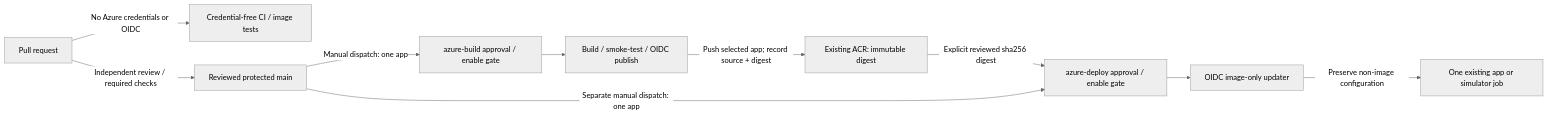
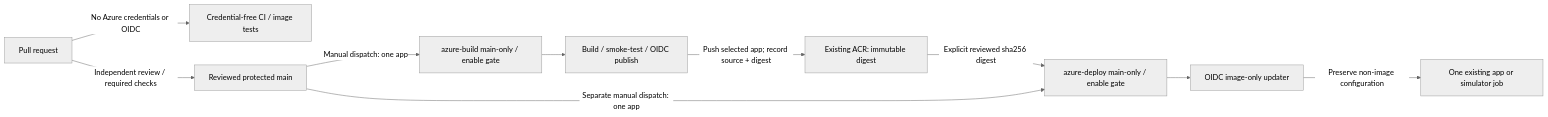
Before and after one commit to ribumann/fabrictritwin: the fourth of 4 diagrams in docs/release-architecture.md, drawn with Mermaid (neutral theme). The commit also changed other lines of this file and 1 other file, not shown here.

````diff
--- a/docs/release-architecture.md
+++ b/docs/release-architecture.md
@@ -208,22 +208,22 @@
 ```mermaid
 flowchart LR
     PR["Pull request"]
     CI["Credential-free CI / image tests"]
     Main["Reviewed protected main"]
-    BuildGate["azure-build approval / enable gate"]
+    BuildGate["azure-build main-only / enable gate"]
     Publish["Build / smoke-test / OIDC publish"]
     ACR["Existing ACR: immutable digest"]
-    DeployGate["azure-deploy approval / enable gate"]
+    DeployGate["azure-deploy main-only / enable gate"]
     Update["OIDC image-only updater"]
     Workload["One existing app or simulator job"]
 
     PR -->|"No Azure credentials or OIDC"| CI
     PR -->|"Independent review / required checks"| Main
     Main -->|"Manual dispatch: one app"| BuildGate
     BuildGate --> Publish
     Publish -->|"Push selected app; record source + digest"| ACR
     ACR -->|"Explicit reviewed sha256 digest"| DeployGate
     Main -->|"Separate manual dispatch: one app"| DeployGate
     DeployGate --> Update
     Update -->|"Preserve non-image configuration"| Workload
 ```
````
